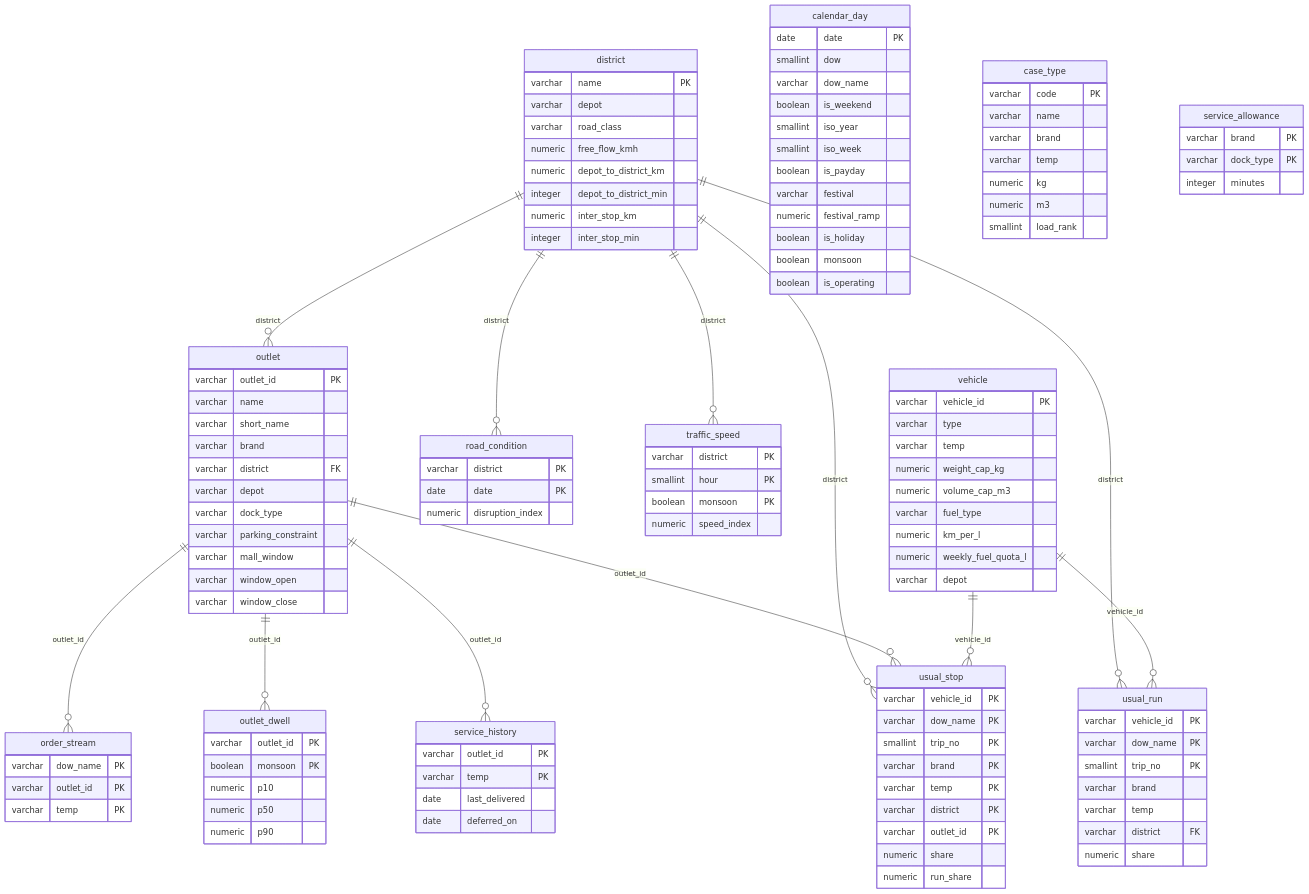
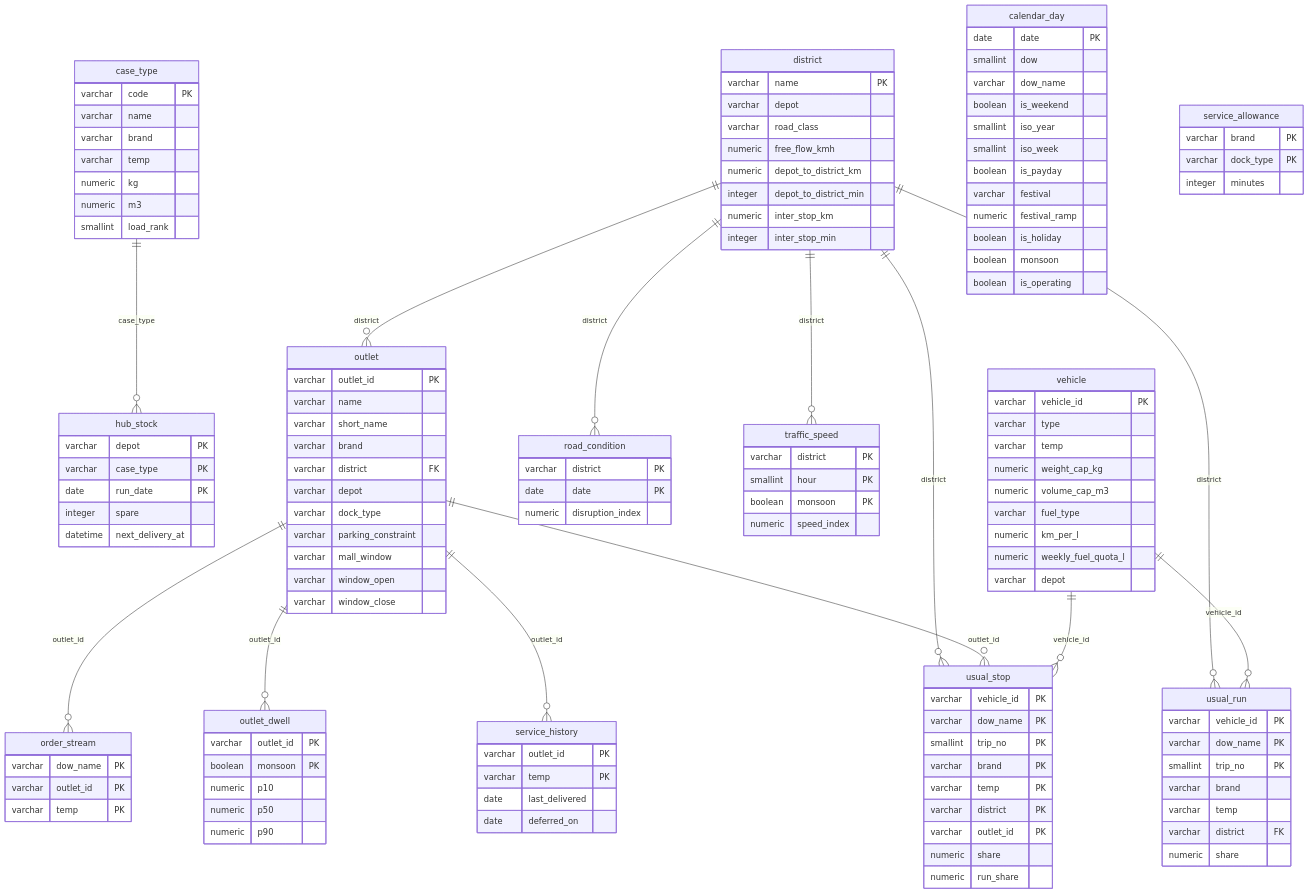
One commit to kalanas210/Ryzera_Relay changed the first of 9 diagrams in docs/data-model.md. Above: the diagram before and after it, drawn with Mermaid. The commit also changed other lines of this file and 54 other files, not shown here.

````diff
--- a/docs/data-model.md
+++ b/docs/data-model.md
@@ -12,5 +12,6 @@
 ```mermaid
 erDiagram
+    case_type ||--o{ hub_stock : "case_type"
     district ||--o{ outlet : "district"
     district ||--o{ road_condition : "district"
     district ||--o{ traffic_speed : "district"
@@ -54,6 +55,13 @@
         integer depot_to_district_min
         numeric inter_stop_km
         integer inter_stop_min
+    }
+    hub_stock {
+        varchar depot PK
+        varchar case_type PK
+        date run_date PK
+        integer spare
+        datetime next_delivery_at
     }
     order_stream {
         varchar dow_name PK
````
